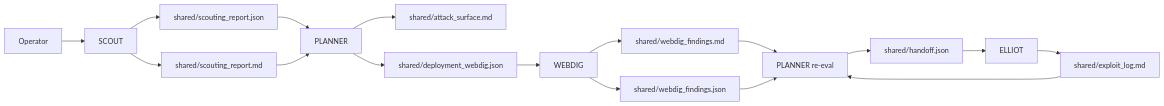
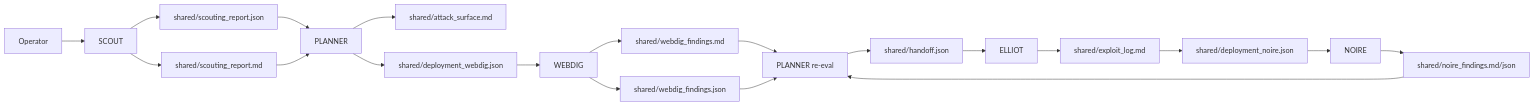
One commit to K3m1st/IRONTHREAD changed the first of 8 diagrams in docs/INFRA_WIREFRAME.md. Above: the diagram before and after it, drawn with Mermaid. The commit also changed other lines of this file and 24 other files, not shown here.

````diff
--- a/docs/INFRA_WIREFRAME.md
+++ b/docs/INFRA_WIREFRAME.md
@@ -8,19 +8,22 @@
 ```mermaid
 flowchart LR
     A["Operator"] --> B["SCOUT"]
     B --> C["shared/scouting_report.md"]
     B --> D["shared/scouting_report.json"]
     D --> E["PLANNER"]
     C --> E
     E --> F["shared/attack_surface.md"]
     E --> G["shared/deployment_webdig.json"]
     G --> H["WEBDIG"]
     H --> I["shared/webdig_findings.md"]
     H --> J["shared/webdig_findings.json"]
     I --> K["PLANNER re-eval"]
     J --> K
     K --> L["shared/handoff.json"]
     L --> M["ELLIOT"]
     M --> N["shared/exploit_log.md"]
-    N --> K
+    N --> O["shared/deployment_noire.json"]
+    O --> P["NOIRE"]
+    P --> Q["shared/noire_findings.md/json"]
+    Q --> K
 ```
````
